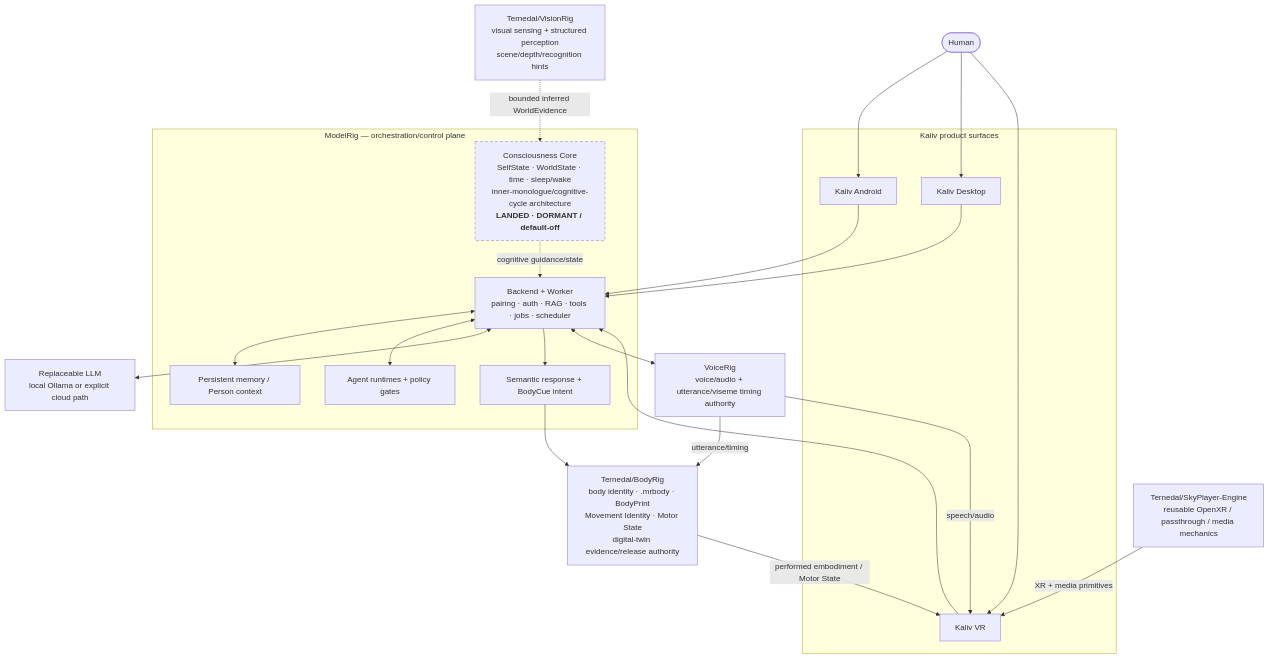
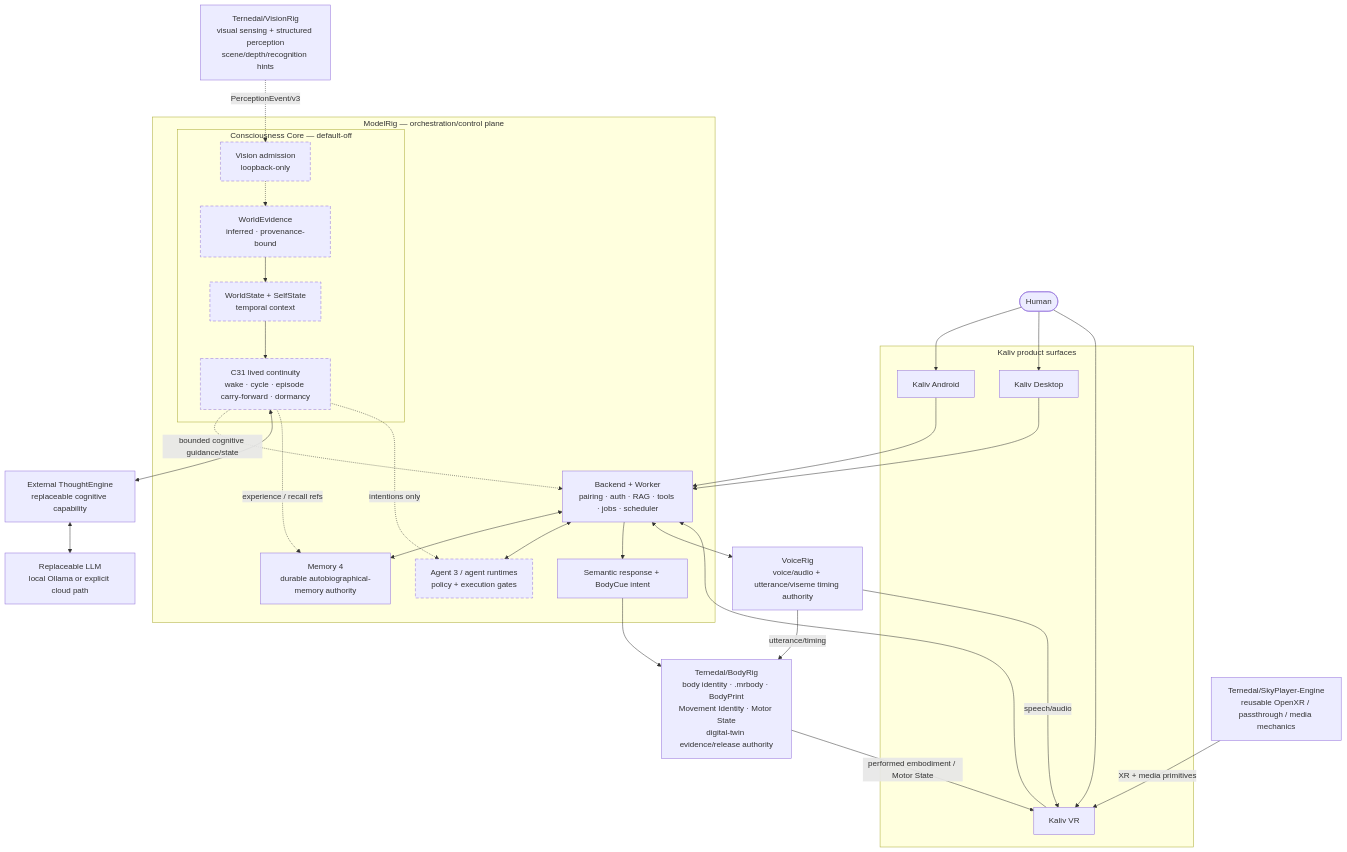
One commit to Ternedal/ModelRig changed the first of 3 diagrams in docs/KALIV_SYSTEM_DEFINITION.md. Above: the diagram before and after it, drawn with Mermaid. The commit also changed other lines of this file, not shown here.

Commit message:
docs: align system definition with VisionRig and C31

````diff
--- a/docs/KALIV_SYSTEM_DEFINITION.md
+++ b/docs/KALIV_SYSTEM_DEFINITION.md
@@ -30,50 +30,65 @@
 ```mermaid
 flowchart TB
     Human([Human])
 
     subgraph Clients["Kaliv product surfaces"]
         Android["Kaliv Android"]
         Desktop["Kaliv Desktop"]
         KVR["Kaliv VR"]
     end
 
     subgraph MR["ModelRig — orchestration/control plane"]
         API["Backend + Worker<br/>pairing · auth · RAG · tools · jobs · scheduler"]
-        Memory["Persistent memory / Person context"]
-        Agents["Agent runtimes + policy gates"]
+        Memory["Memory 4<br/>durable autobiographical-memory authority"]
+        Agents["Agent 3 / agent runtimes<br/>policy + execution gates"]
         Intent["Semantic response + BodyCue intent"]
-        CC["Consciousness Core<br/>SelfState · WorldState · time · sleep/wake<br/>inner-monologue/cognitive-cycle architecture<br/><b>LANDED · DORMANT / default-off</b>"]
+
+        subgraph Core["Consciousness Core — default-off"]
+            Admission["Vision admission<br/>loopback-only"]
+            WE["WorldEvidence<br/>inferred · provenance-bound"]
+            WS["WorldState + SelfState<br/>temporal context"]
+            C31["C31 lived continuity<br/>wake · cycle · episode carry-forward · dormancy"]
+        end
     end
 
+    TE["External ThoughtEngine<br/>replaceable cognitive capability"]
     LLM["Replaceable LLM<br/>local Ollama or explicit cloud path"]
     Voice["VoiceRig<br/>voice/audio + utterance/viseme timing authority"]
     Vision["Ternedal/VisionRig<br/>visual sensing + structured perception<br/>scene/depth/recognition hints"]
     Body["Ternedal/BodyRig<br/>body identity · .mrbody · BodyPrint<br/>Movement Identity · Motor State<br/>digital-twin evidence/release authority"]
     Sky["Ternedal/SkyPlayer-Engine<br/>reusable OpenXR / passthrough / media mechanics"]
 
     Human --> Android
     Human --> Desktop
     Human --> KVR
 
     Android --> API
     Desktop --> API
     KVR --> API
 
     API <--> Memory
     API <--> Agents
-    CC -. "cognitive guidance/state" .-> API
-    API <--> LLM
+    C31 -. "bounded cognitive guidance/state" .-> API
     API --> Intent
 
+    Vision -. "PerceptionEvent/v3" .-> Admission
+    Admission -.-> WE
+    WE --> WS
+    WS --> C31
+
+    C31 <--> TE
+    TE <--> LLM
+    C31 -. "experience / recall refs" .-> Memory
+    C31 -. "intentions only" .-> Agents
+
     API <--> Voice
-    Vision -. "bounded inferred WorldEvidence" .-> CC
     Intent --> Body
     Voice -->|"utterance/timing"| Body
 
     Body -->|"performed embodiment / Motor State"| KVR
     Voice -->|"speech/audio"| KVR
     Sky -->|"XR + media primitives"| KVR
 
     classDef dormant stroke-dasharray:6 4;
-    class CC dormant;
+    class Admission,WE,WS,C31,Agents dormant;
 ```
````
